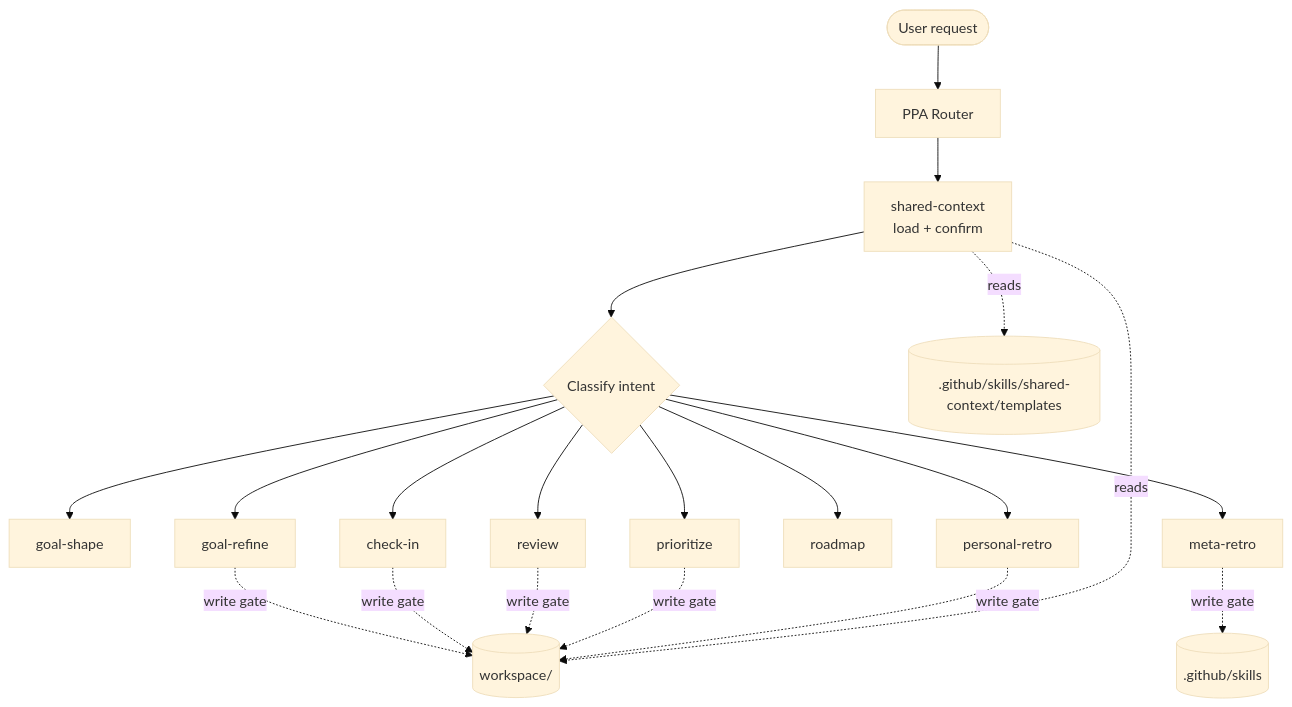
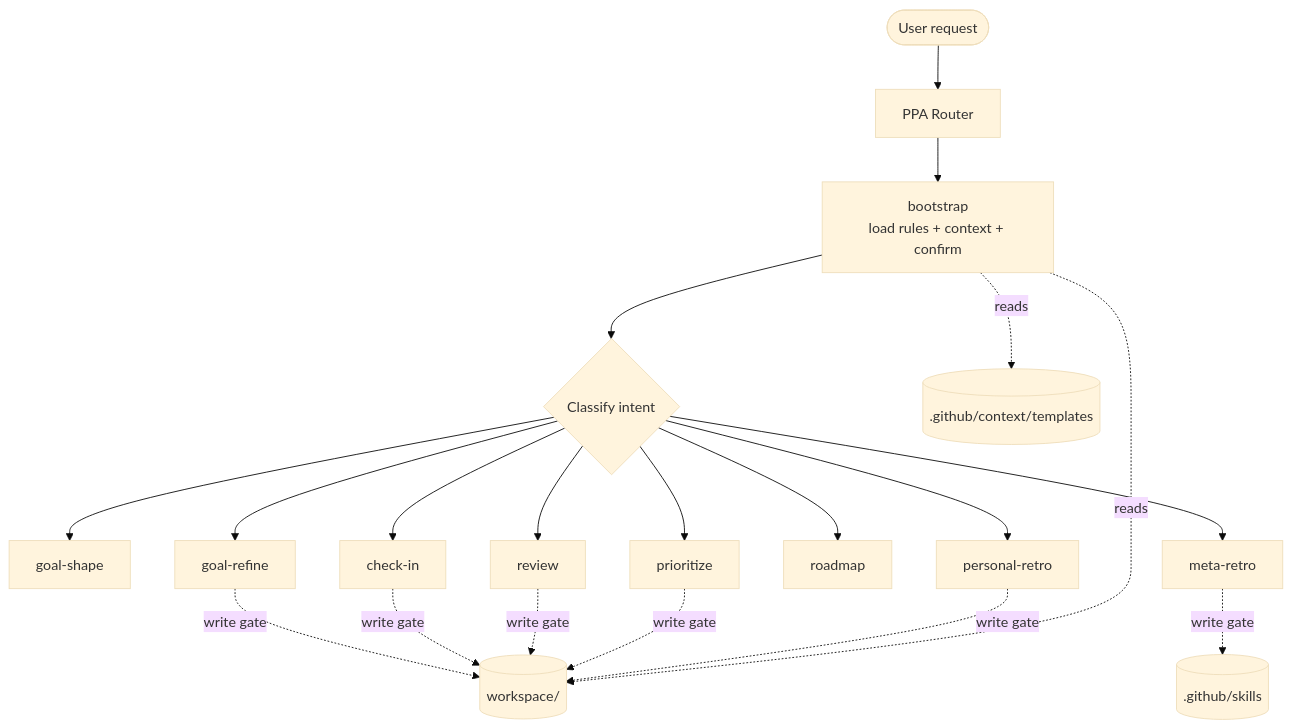
One commit to hendrik-bene-perdok/personal-performance-assistant changed the diagram in README.md. Above: the diagram before and after it, drawn with Mermaid (base theme). The commit also changed other lines of this file and 37 other files, not shown here.

````diff
--- a/README.md
+++ b/README.md
@@ -60,25 +55,25 @@
 ```mermaid
 flowchart TD
     User([User request]) --> Router[PPA Router]
-    Router --> Context[shared-context\nload + confirm]
+    Router --> Context[bootstrap\nload rules + context + confirm]
     Context --> Intent{Classify intent}
 
     Intent --> GoalShape[goal-shape]
     Intent --> GoalRefine[goal-refine]
     Intent --> CheckIn[check-in]
     Intent --> Review[review]
     Intent --> Prioritize[prioritize]
     Intent --> Roadmap[roadmap]
     Intent --> PersonalRetro[personal-retro]
     Intent --> MetaRetro[meta-retro]
 
     GoalRefine -.write gate.-> Workspace[(workspace/)]
     CheckIn -.write gate.-> Workspace
     Review -.write gate.-> Workspace
     Prioritize -.write gate.-> Workspace
     PersonalRetro -.write gate.-> Workspace
     MetaRetro -.write gate.-> Skills[(.github/skills)]
 
     Context -.reads.-> Workspace
-    Context -.reads.-> Templates[(.github/skills/shared-context/templates)]
+    Context -.reads.-> Templates[(.github/context/templates)]
 ```
````
